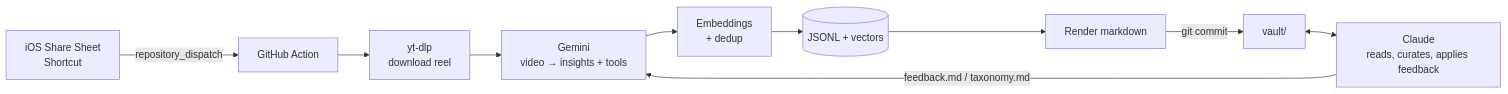
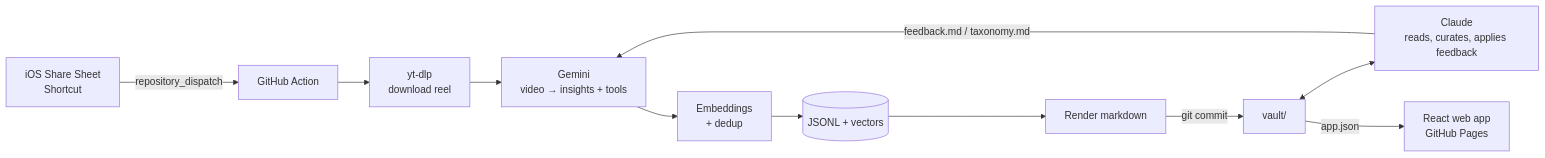
One commit to samuellvo/doomscroll_assistant changed the diagram in README.md. Above: the diagram before and after it, drawn with Mermaid. The commit also changed other lines of this file and 31 other files, not shown here.

First line of the commit message:
Add read-only React web app on GitHub Pages

````diff
--- a/README.md
+++ b/README.md
@@ -9,12 +10,13 @@
 ```mermaid
 flowchart LR
     A[iOS Share Sheet<br/>Shortcut] -- repository_dispatch --> B[GitHub Action]
     B --> C[yt-dlp<br/>download reel]
     C --> D[Gemini<br/>video → insights + tools]
     D --> E[Embeddings<br/>+ dedup]
     E --> F[(JSONL + vectors)]
     F --> G[Render markdown]
     G -- git commit --> H[vault/]
     H <--> I[Claude<br/>reads, curates, applies feedback]
+    H -- app.json --> J[React web app<br/>GitHub Pages]
     I -- feedback.md / taxonomy.md --> D
 ```
````
